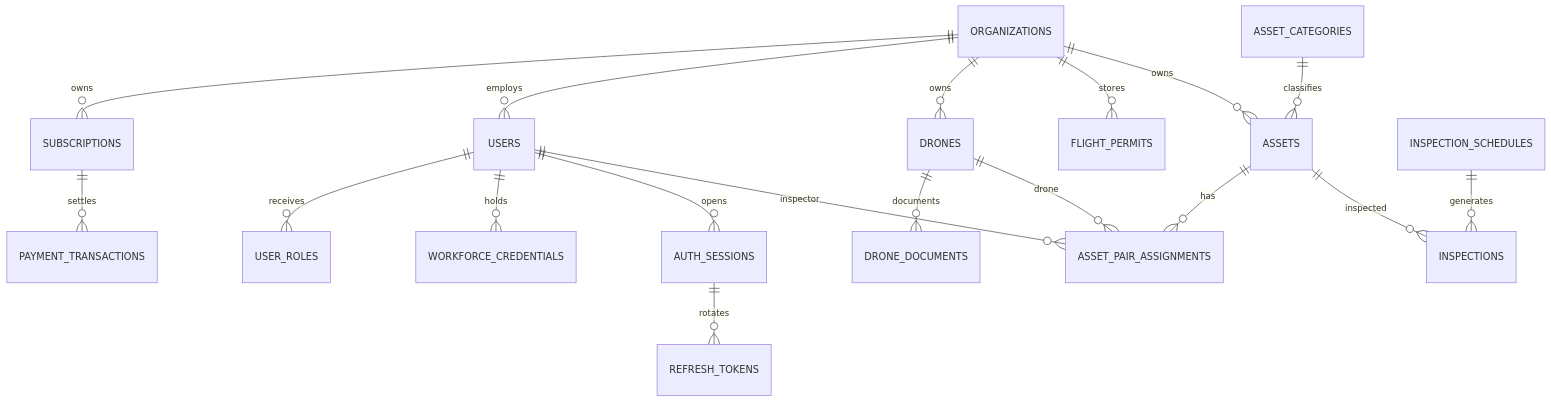
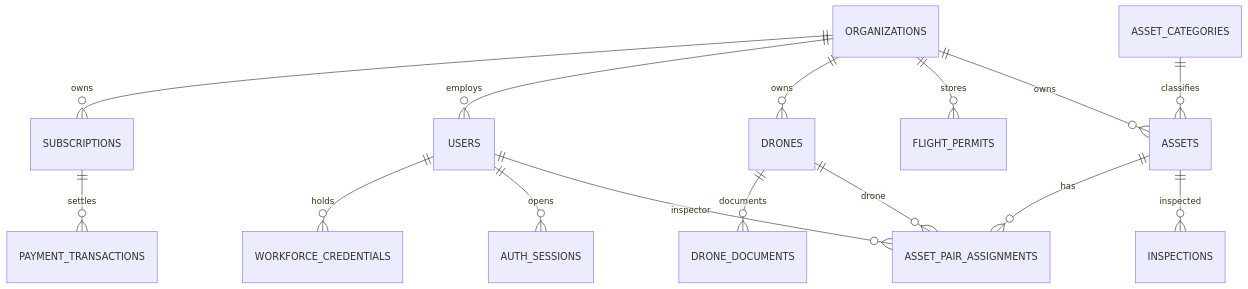
The first of 3 diagrams in project-reference/database-design.md (tungbach12/SmartDroneInspection-Docs), drawn with Mermaid before and after one commit. The commit also changed other lines of this file and 3 other files, not shown here.

First line of the commit message:
docs(database): update mf3 tables schema to 13-15-13 columns (#64)

````diff
--- a/project-reference/database-design.md
+++ b/project-reference/database-design.md
@@ -113,21 +113,18 @@
 ```mermaid
 erDiagram
     ORGANIZATIONS ||--o{ SUBSCRIPTIONS : owns
     SUBSCRIPTIONS ||--o{ PAYMENT_TRANSACTIONS : settles
     ORGANIZATIONS ||--o{ USERS : employs
-    USERS ||--o{ USER_ROLES : receives
     USERS ||--o{ WORKFORCE_CREDENTIALS : holds
     USERS ||--o{ AUTH_SESSIONS : opens
-    AUTH_SESSIONS ||--o{ REFRESH_TOKENS : rotates
 
     ORGANIZATIONS ||--o{ DRONES : owns
     DRONES ||--o{ DRONE_DOCUMENTS : documents
     ORGANIZATIONS ||--o{ FLIGHT_PERMITS : stores
     ORGANIZATIONS ||--o{ ASSETS : owns
     ASSETS ||--o{ ASSET_PAIR_ASSIGNMENTS : has
     USERS ||--o{ ASSET_PAIR_ASSIGNMENTS : inspector
     DRONES ||--o{ ASSET_PAIR_ASSIGNMENTS : drone
     ASSETS ||--o{ INSPECTIONS : inspected
     ASSET_CATEGORIES ||--o{ ASSETS : classifies
-    INSPECTION_SCHEDULES ||--o{ INSPECTIONS : generates
 ```
````
